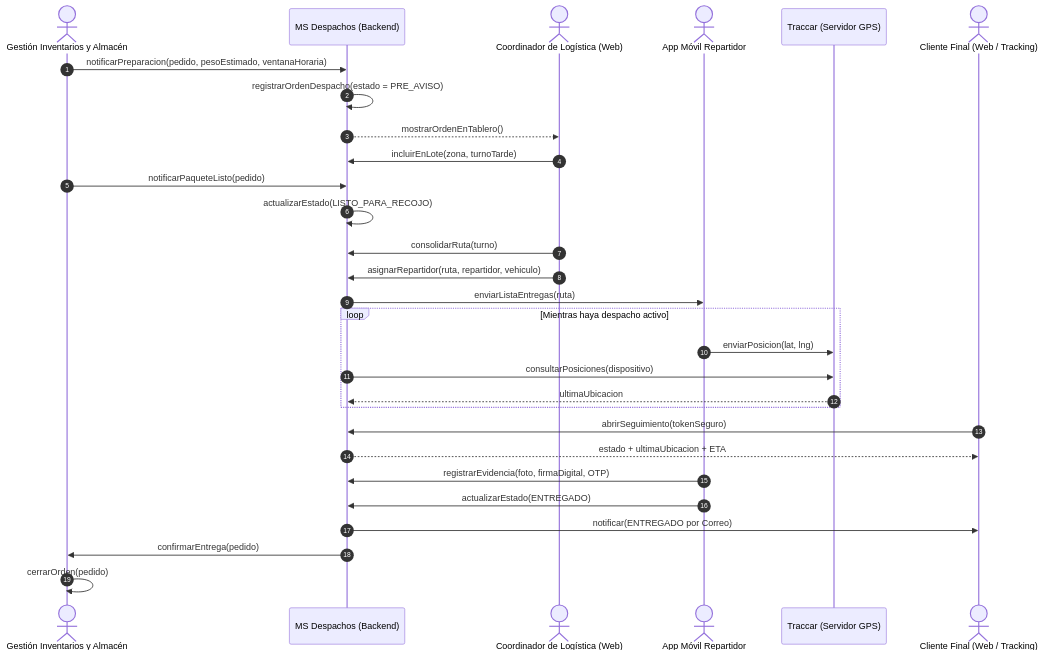
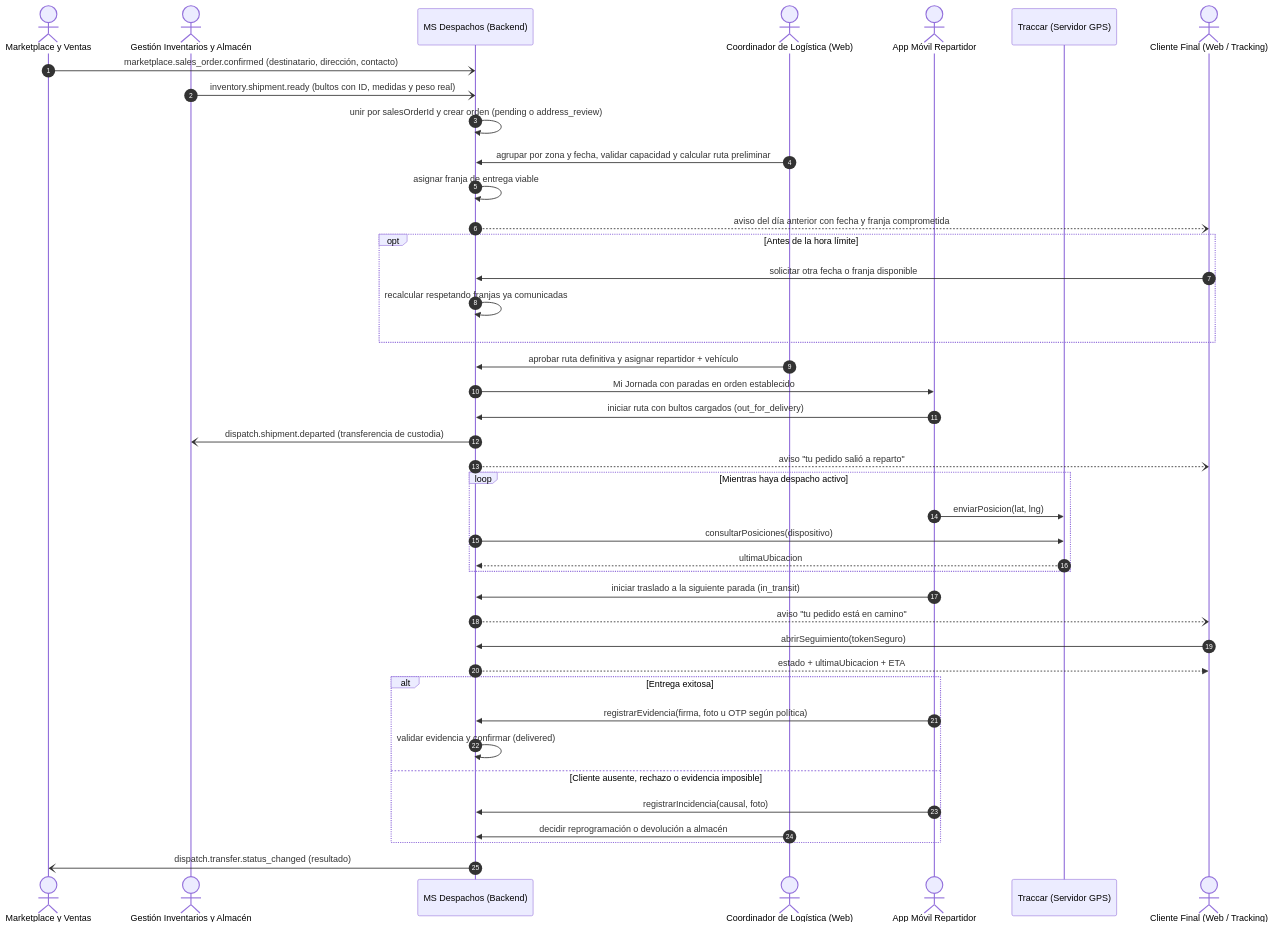
The second of 5 diagrams in interoperabilidad-y-flujos.md (Entregas-y-despacho-MS/delivery-dispatch-docs), drawn with Mermaid before and after one commit. The commit also changed other lines of this file and 4 other files, not shown here.

First line of the commit message:
docs: integración asíncrona con el ERP y ajuste integral del Sprint 2

````diff
--- a/interoperabilidad-y-flujos.md
+++ b/interoperabilidad-y-flujos.md
@@ -35,37 +146,50 @@
 ```mermaid
 sequenceDiagram
     autonumber
+    actor Marketplace as Marketplace y Ventas
     actor Almacen as Gestión Inventarios y Almacén
     participant Backend as MS Despachos (Backend)
     actor Coordinador as Coordinador de Logística (Web)
     actor Repartidor as App Móvil Repartidor
     participant Traccar as Traccar (Servidor GPS)
     actor Cliente as Cliente Final (Web / Tracking)
 
-    Almacen->>Backend: notificarPreparacion(pedido, pesoEstimado, ventanaHoraria)
-    Backend->>Backend: registrarOrdenDespacho(estado = PRE_AVISO)
-    Backend-->>Coordinador: mostrarOrdenEnTablero()
-    
-    Coordinador->>Backend: incluirEnLote(zona, turnoTarde)
-    Almacen->>Backend: notificarPaqueteListo(pedido)
-    Backend->>Backend: actualizarEstado(LISTO_PARA_RECOJO)
-    
-    Coordinador->>Backend: consolidarRuta(turno)
-    Coordinador->>Backend: asignarRepartidor(ruta, repartidor, vehiculo)
-    Backend->>Repartidor: enviarListaEntregas(ruta)
-    
+    Marketplace-)Backend: marketplace.sales_order.confirmed (destinatario, dirección, contacto)
+    Almacen-)Backend: inventory.shipment.ready (bultos con ID, medidas y peso real)
+    Backend->>Backend: unir por salesOrderId y crear orden (pending o address_review)
+
+    Coordinador->>Backend: agrupar por zona y fecha, validar capacidad y calcular ruta preliminar
+    Backend->>Backend: asignar franja de entrega viable
+    Backend--)Cliente: aviso del día anterior con fecha y franja comprometida
+    opt Antes de la hora límite
+        Cliente->>Backend: solicitar otra fecha o franja disponible
+        Backend->>Backend: recalcular respetando franjas ya comunicadas
+    end
+
+    Coordinador->>Backend: aprobar ruta definitiva y asignar repartidor + vehículo
+    Backend->>Repartidor: Mi Jornada con paradas en orden establecido
+
+    Repartidor->>Backend: iniciar ruta con bultos cargados (out_for_delivery)
+    Backend-)Almacen: dispatch.shipment.departed (transferencia de custodia)
+    Backend--)Cliente: aviso "tu pedido salió a reparto"
+
     loop Mientras haya despacho activo
         Repartidor->>Traccar: enviarPosicion(lat, lng)
         Backend->>Traccar: consultarPosiciones(dispositivo)
         Traccar-->>Backend: ultimaUbicacion
     end
 
+    Repartidor->>Backend: iniciar traslado a la siguiente parada (in_transit)
+    Backend--)Cliente: aviso "tu pedido está en camino"
     Cliente->>Backend: abrirSeguimiento(tokenSeguro)
     Backend-->>Cliente: estado + ultimaUbicacion + ETA
-    
-    Repartidor->>Backend: registrarEvidencia(foto, firmaDigital, OTP)
-    Repartidor->>Backend: actualizarEstado(ENTREGADO)
-    Backend->>Cliente: notificar(ENTREGADO por Correo)
-    Backend->>Almacen: confirmarEntrega(pedido)
-    Almacen->>Almacen: cerrarOrden(pedido)
+
+    alt Entrega exitosa
+        Repartidor->>Backend: registrarEvidencia(firma, foto u OTP según política)
+        Backend->>Backend: validar evidencia y confirmar (delivered)
+    else Cliente ausente, rechazo o evidencia imposible
+        Repartidor->>Backend: registrarIncidencia(causal, foto)
+        Coordinador->>Backend: decidir reprogramación o devolución a almacén
+    end
+    Backend-)Marketplace: dispatch.transfer.status_changed (resultado)
 ```
````
